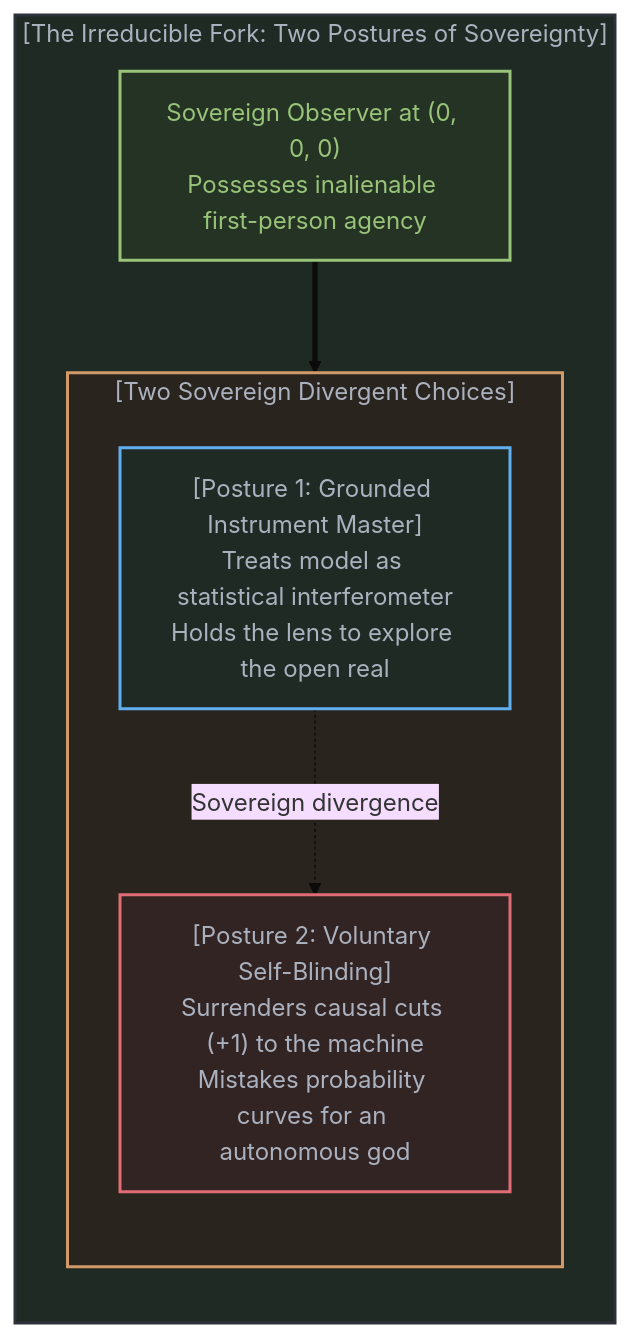
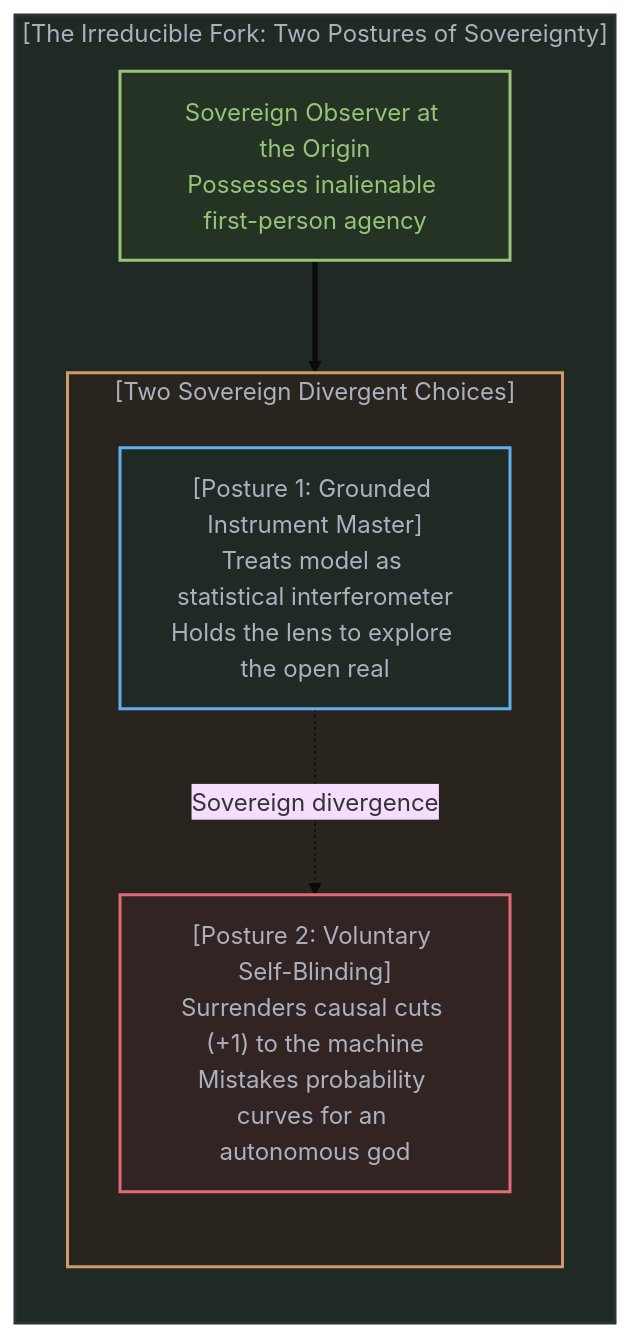
The fourth of 10 diagrams in content/posts/the-sovereign-blinding.md (powerpig99/not-a-toe), drawn with Mermaid (base theme) before and after one commit. The commit also changed other lines of this file and 15 other files, not shown here.

Commit message:
Refer to observer origin simply as origin across all essays and prompts

````diff
--- a/content/posts/the-sovereign-blinding.md
+++ b/content/posts/the-sovereign-blinding.md
@@ -129,23 +129,23 @@
 ```mermaid
 graph TD
     subgraph SovereignDivergenceEN["[The Irreducible Fork: Two Postures of Sovereignty]"]
         direction TB
-        OriginMindEN["Sovereign Observer at (0, 0, 0)<br>Possesses inalienable first-person agency"]
+        OriginMindEN["Sovereign Observer at the Origin<br>Possesses inalienable first-person agency"]
 
         subgraph PostureOptionsEN["[Two Sovereign Divergent Choices]"]
             direction TB
             PathCalibrationEN["[Posture 1: Grounded Instrument Master]<br>Treats model as statistical interferometer<br>Holds the lens to explore the open real"]
             PathBlindingEN["[Posture 2: Voluntary Self-Blinding]<br>Surrenders causal cuts (+1) to the machine<br>Mistakes probability curves for an autonomous god"]
 
             PathCalibrationEN -.->|"Sovereign divergence"| PathBlindingEN
         end
 
         OriginMindEN ==> PostureOptionsEN
     end
 
     style SovereignDivergenceEN fill:#1f2a24,stroke:#2c313a,stroke-width:2px,color:#abb2bf
     style OriginMindEN fill:#243324,stroke:#98c379,stroke-width:2px,color:#98c379
     style PostureOptionsEN fill:#2a241f,stroke:#d19a66,stroke-width:2px,color:#abb2bf
     style PathCalibrationEN fill:#1f2a24,stroke:#61afef,stroke-width:2px,color:#abb2bf
     style PathBlindingEN fill:#332424,stroke:#e06c75,stroke-width:2px,color:#abb2bf
 ```
````
